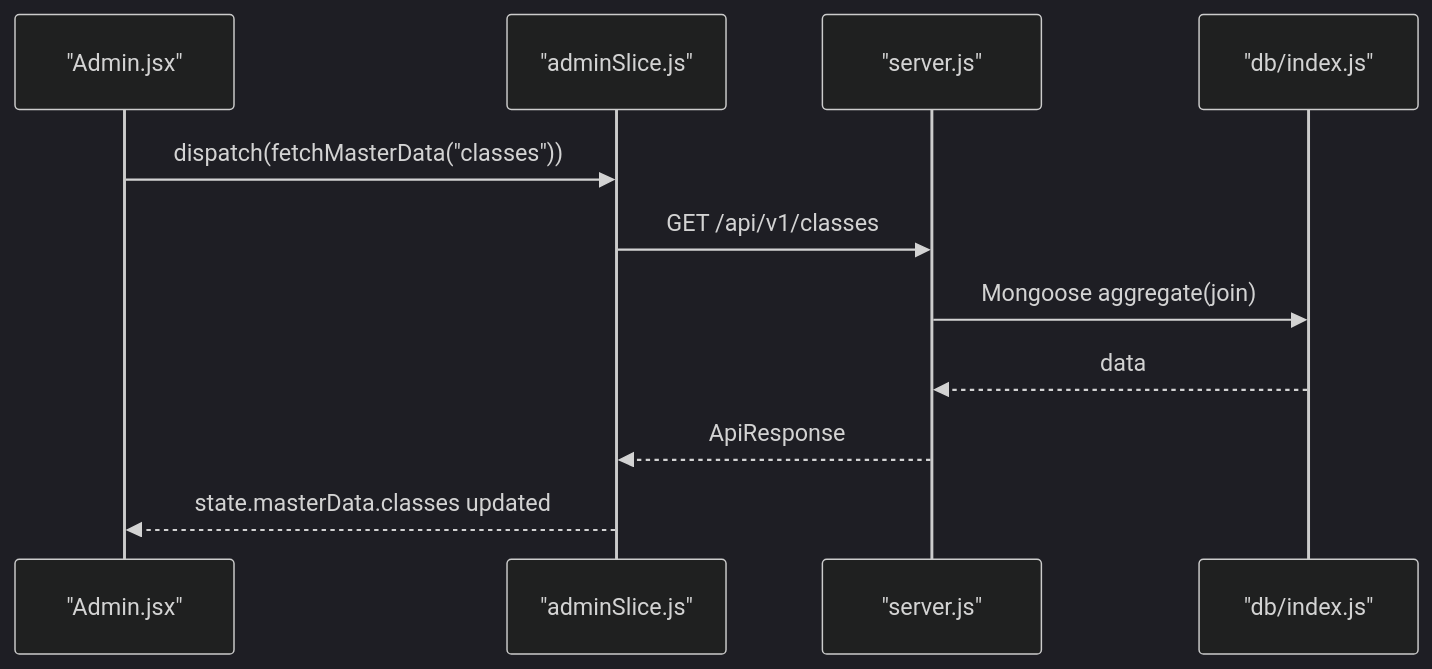
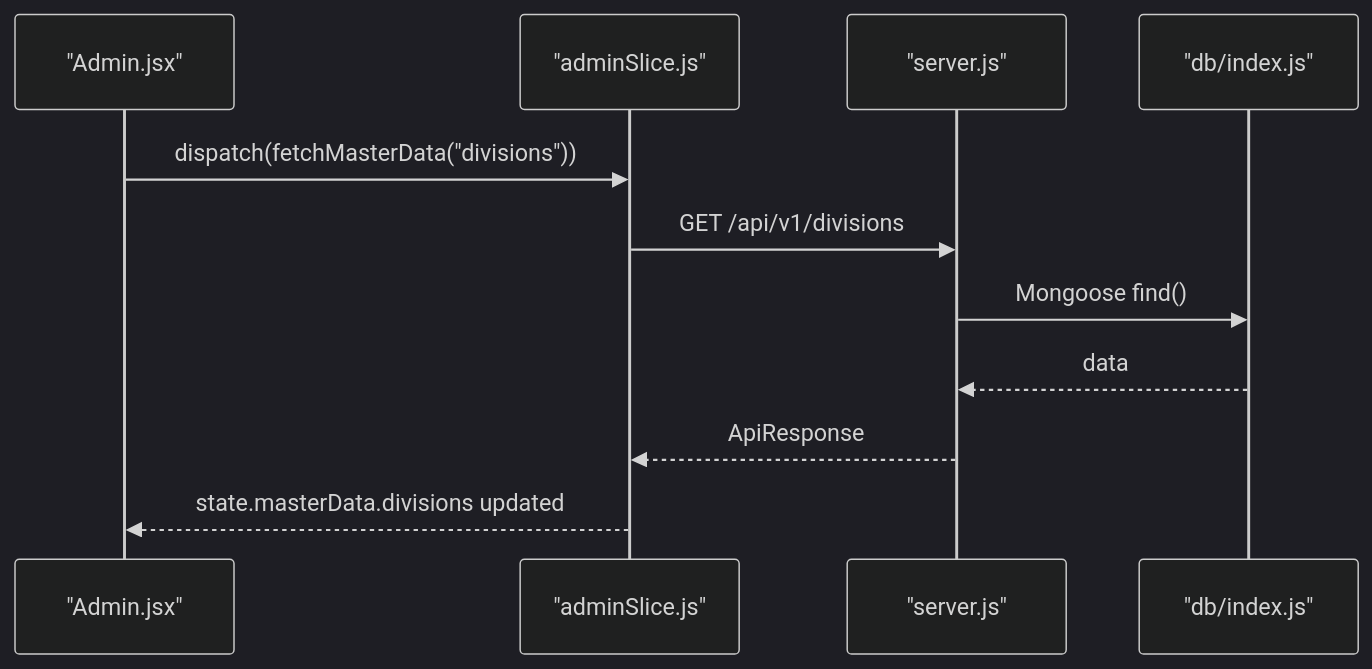
One commit to Aryan9060/Timetable-Project changed the eighth of 10 diagrams in .qoder/repowiki/en/content/Timetable Generation System/Timetable Generation System.md. Above: the diagram before and after it, drawn with Mermaid (dark theme). The commit also changed other lines of this file and 15 other files, not shown here.

````diff
--- a/.qoder/repowiki/en/content/Timetable Generation System/Timetable Generation System.md
+++ b/.qoder/repowiki/en/content/Timetable Generation System/Timetable Generation System.md
@@ -296,13 +479,13 @@
 ```mermaid
 sequenceDiagram
 participant UI as "Admin.jsx"
 participant Slice as "adminSlice.js"
 participant API as "server.js"
 participant DB as "db/index.js"
-UI->>Slice : dispatch(fetchMasterData("classes"))
-Slice->>API : GET /api/v1/classes
-API->>DB : Mongoose aggregate(join)
+UI->>Slice : dispatch(fetchMasterData("divisions"))
+Slice->>API : GET /api/v1/divisions
+API->>DB : Mongoose find()
 DB-->>API : data
 API-->>Slice : ApiResponse
-Slice-->>UI : state.masterData.classes updated
+Slice-->>UI : state.masterData.divisions updated
 ```
````
